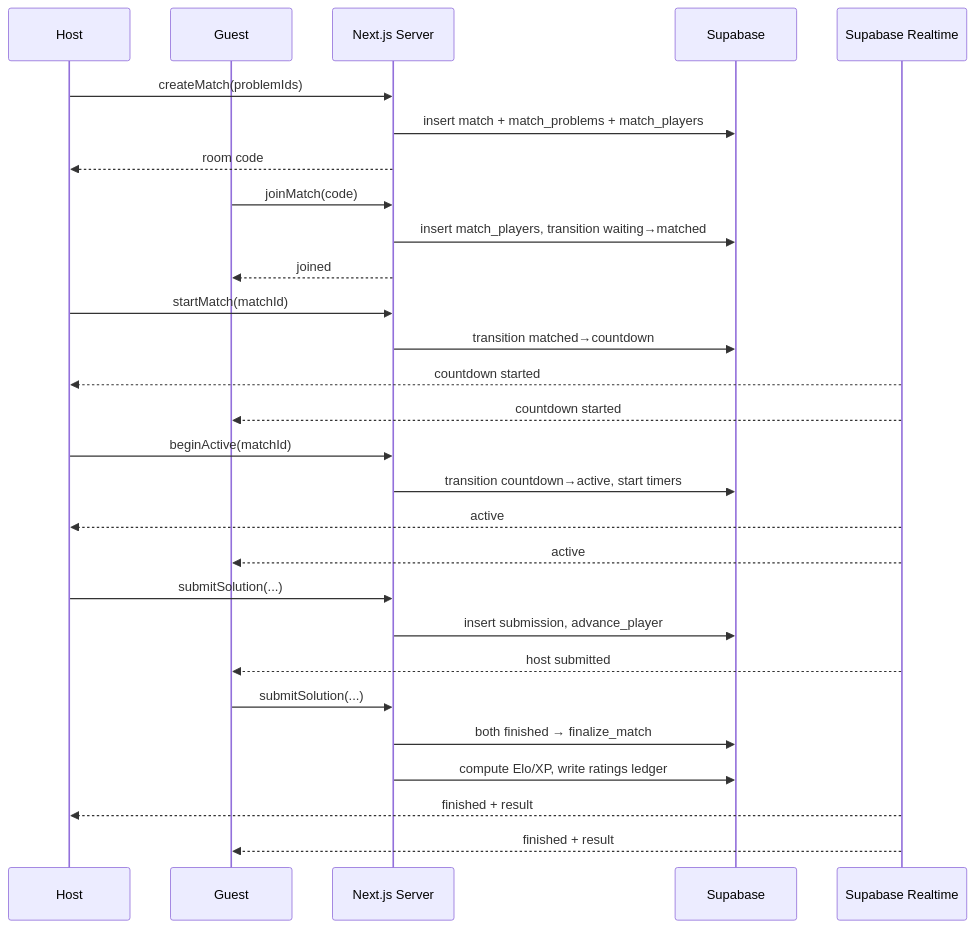
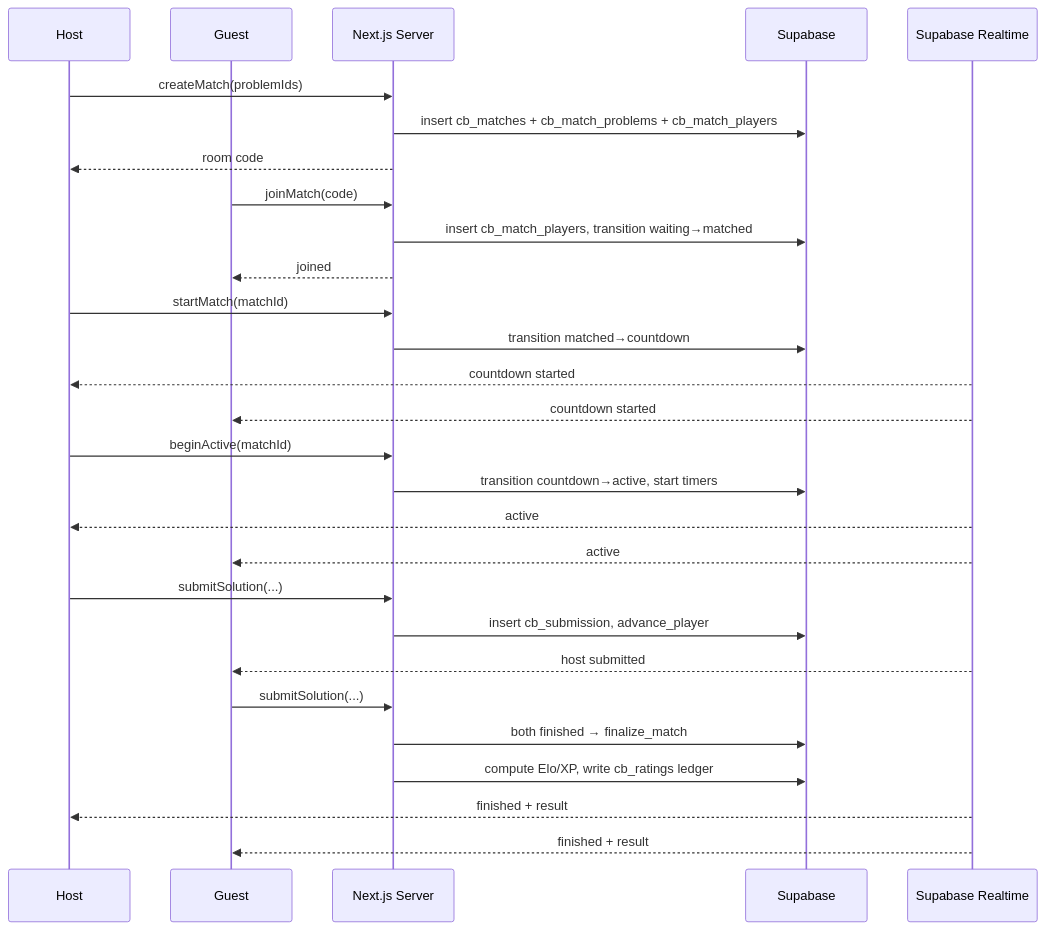
Before and after one commit to sangisapusaiteja/code-battle: the fourth of 5 diagrams in README.md, drawn with Mermaid. The commit also changed other lines of this file, not shown here.

Commit message:
docs: update DB schema to cb_ table prefixes

````diff
--- a/README.md
+++ b/README.md
@@ -150,36 +150,36 @@
 ```mermaid
 sequenceDiagram
     participant Host
     participant Guest
     participant Next as Next.js Server
     participant Supa as Supabase
     participant RT as Supabase Realtime
 
     Host->>Next: createMatch(problemIds)
-    Next->>Supa: insert match + match_problems + match_players
+    Next->>Supa: insert cb_matches + cb_match_problems + cb_match_players
     Next-->>Host: room code
 
     Guest->>Next: joinMatch(code)
-    Next->>Supa: insert match_players, transition waiting→matched
+    Next->>Supa: insert cb_match_players, transition waiting→matched
     Next-->>Guest: joined
 
     Host->>Next: startMatch(matchId)
     Next->>Supa: transition matched→countdown
     RT-->>Host: countdown started
     RT-->>Guest: countdown started
 
     Host->>Next: beginActive(matchId)
     Next->>Supa: transition countdown→active, start timers
     RT-->>Host: active
     RT-->>Guest: active
 
     Host->>Next: submitSolution(...)
-    Next->>Supa: insert submission, advance_player
+    Next->>Supa: insert cb_submission, advance_player
     RT-->>Guest: host submitted
 
     Guest->>Next: submitSolution(...)
     Next->>Supa: both finished → finalize_match
-    Next->>Supa: compute Elo/XP, write ratings ledger
+    Next->>Supa: compute Elo/XP, write cb_ratings ledger
     RT-->>Host: finished + result
     RT-->>Guest: finished + result
 ```
````
